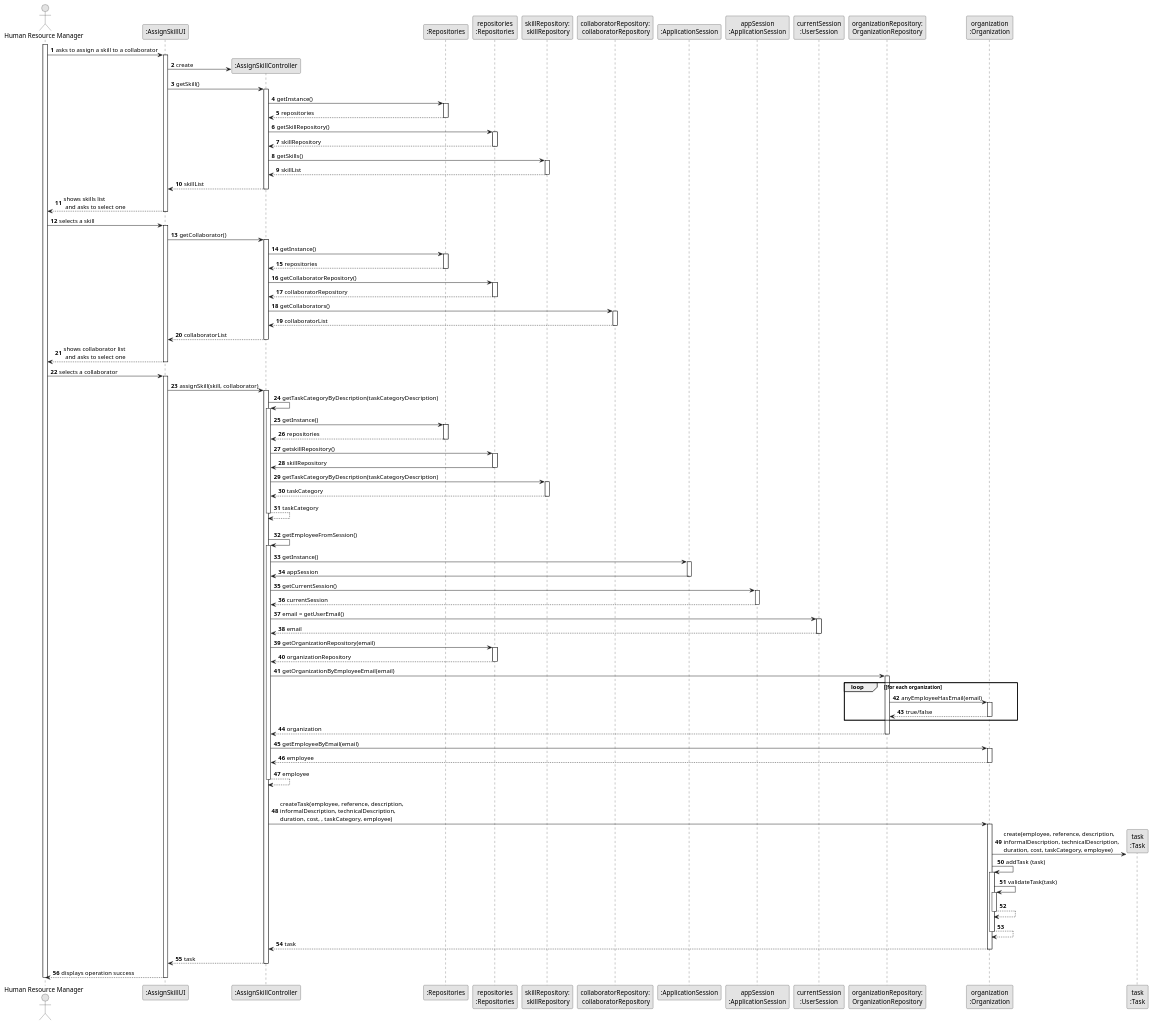
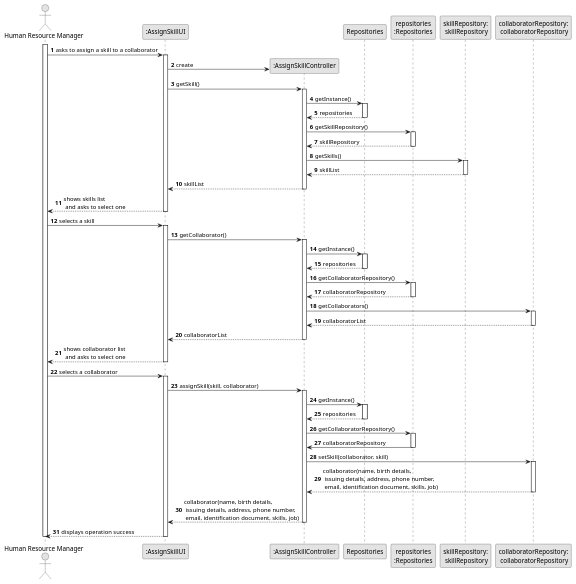
One commit to Departamento-de-Engenharia-Informatica/lei-24-s2-1dl-g121 changed the diagram in docs/sprintB/us004/03.design/puml/us004-sequence-diagram-full.puml. Above: the diagram before and after it, drawn with PlantUML. The commit also changed 1 other file, not shown here.

Commit message:
us004 sequence diagram finished, us003 base implementation

```diff
--- a/docs/sprintB/us004/03.design/puml/us004-sequence-diagram-full.puml
+++ b/docs/sprintB/us004/03.design/puml/us004-sequence-diagram-full.puml
@@ -1,199 +1,115 @@
 @startuml
 skinparam monochrome true
 skinparam packageStyle rectangle
 skinparam shadowing false
 
 autonumber
 
 'hide footbox
 actor "Human Resource Manager" as ADM
 participant ":AssignSkillUI" as UI
 participant ":AssignSkillController" as CTRL
-participant ":Repositories" as RepositorySingleton
+participant "Repositories" as RepositorySingleton
 participant "repositories\n:Repositories" as PLAT
 participant "skillRepository:\n skillRepository" as skillRepository
 participant "collaboratorRepository:\n collaboratorRepository" as collaboratorRepository
-participant ":ApplicationSession" as _APP
-participant "appSession\n:ApplicationSession" as APP
-participant "currentSession\n:UserSession" as SESSAO
-participant "organizationRepository:\nOrganizationRepository" as OrganizationRepository
-participant "organization\n:Organization" as ORG
-participant "task\n:Task" as TAREFA
+
 
 activate ADM
 
         ADM -> UI : asks to assign a skill to a collaborator
 
         activate UI
 
 '            UI --> ADM : requests data (reference, description,  informal \n description, technical description, duration, cost)
             'create CTRL
             UI -> CTRL** : create
 
             UI -> CTRL : getSkill()
             activate CTRL
 
                 CTRL -> RepositorySingleton : getInstance()
                 activate RepositorySingleton
 
                     RepositorySingleton --> CTRL: repositories
                 deactivate RepositorySingleton
 
                 CTRL -> PLAT : getSkillRepository()
                 activate PLAT
 
                     PLAT --> CTRL: skillRepository
                 deactivate PLAT
 
                 CTRL -> skillRepository : getSkills()
                 activate skillRepository
 
                     skillRepository --> CTRL : skillList
                 deactivate skillRepository
 
                 CTRL --> UI : skillList
             deactivate CTRL
 
             UI --> ADM : shows skills list\n and asks to select one
         deactivate UI
 
     ADM -> UI : selects a skill
     activate UI
 
             UI -> CTRL : getCollaborator()
             activate CTRL
 
                 CTRL -> RepositorySingleton : getInstance()
                 activate RepositorySingleton
 
                     RepositorySingleton --> CTRL: repositories
                 deactivate RepositorySingleton
 
                 CTRL -> PLAT : getCollaboratorRepository()
                 activate PLAT
 
                     PLAT --> CTRL: collaboratorRepository
                 deactivate PLAT
 
                 CTRL -> collaboratorRepository : getCollaborators()
                 activate collaboratorRepository
 
                     collaboratorRepository --> CTRL : collaboratorList
                 deactivate collaboratorRepository
 
                 CTRL --> UI : collaboratorList
             deactivate CTRL
 
         UI --> ADM : shows collaborator list\n and asks to select one
     deactivate UI
 
     ADM -> UI : selects a collaborator
     activate UI
 
         UI -> CTRL : assignSkill(skill, collaborator)
         activate CTRL
 
-            CTRL -> CTRL : getTaskCategoryByDescription(taskCategoryDescription)
-            activate CTRL
-
                 CTRL -> RepositorySingleton : getInstance()
                 activate RepositorySingleton
 
                     RepositorySingleton --> CTRL: repositories
                 deactivate RepositorySingleton
 
-                CTRL -> PLAT : getskillRepository()
+                CTRL -> PLAT : getCollaboratorRepository()
                 activate PLAT
 
-                    PLAT -> CTRL : skillRepository
+                    PLAT -> CTRL : collaboratorRepository
                 deactivate PLAT
 
-                CTRL -> skillRepository : getTaskCategoryByDescription(taskCategoryDescription)
-                activate skillRepository
+                CTRL -> collaboratorRepository : setSkill(collaborator, skill)
+                activate collaboratorRepository
 
-                    skillRepository --> CTRL : taskCategory
-                deactivate skillRepository
-                    CTRL --> CTRL : taskCategory
-            deactivate CTRL
-
-            |||
-            CTRL -> CTRL : getEmployeeFromSession()
-            activate CTRL
-
-                CTRL -> _APP: getInstance()
-                activate _APP
-                    _APP -> CTRL: appSession
-                deactivate _APP
-
-
-                CTRL -> APP: getCurrentSession()
-                activate APP
-
-                    APP --> CTRL: currentSession
-                deactivate APP
-
-                CTRL -> SESSAO: email = getUserEmail()
-                activate SESSAO
-
-                    SESSAO --> CTRL: email
-                deactivate SESSAO
-
-
-                CTRL -> PLAT: getOrganizationRepository(email)
-                activate PLAT
-
-                    PLAT --> CTRL: organizationRepository
-                deactivate PLAT
-
-
-                CTRL -> OrganizationRepository: getOrganizationByEmployeeEmail(email)
-                activate OrganizationRepository
-
-                    loop [for each organization
-                        OrganizationRepository -> ORG : anyEmployeeHasEmail(email)
-                        activate ORG
-
-                             ORG --> OrganizationRepository : true/false
-                        deactivate ORG
-                    end
-                    OrganizationRepository --> CTRL : organization
-                deactivate OrganizationRepository
-
-                CTRL -> ORG: getEmployeeByEmail(email)
-                activate ORG
-
-                    ORG --> CTRL : employee
-                deactivate ORG
-
-                CTRL --> CTRL : employee
-            deactivate CTRL
-
-            |||
-            CTRL -> ORG: createTask(employee, reference, description,\ninformalDescription, technicalDescription,\nduration, cost, , taskCategory, employee)
-            activate ORG
-
-                ORG -> TAREFA**: create(employee, reference, description,\ninformalDescription, technicalDescription,\nduration, cost, taskCategory, employee)
-                ORG -> ORG: addTask (task)
-
-
-                activate ORG
-                    ORG -> ORG: validateTask(task)
-                    activate ORG
-                        ORG --> ORG
-                    deactivate ORG
-
-                    ORG --> ORG
-                deactivate ORG
-
-                ORG --> CTRL : task
-
-            deactivate ORG
-
-            CTRL --> UI: task
+                    collaboratorRepository --> CTRL : collaborator(name, birth details,\n issuing details, address, phone number,\n email, identification document, skills, job)
+                deactivate collaboratorRepository
+                    CTRL --> UI : collaborator(name, birth details,\n issuing details, address, phone number,\n email, identification document, skills, job)
             deactivate CTRL
             UI --> ADM: displays operation success
     deactivate UI
 
 deactivate ADM
 
 @enduml
```
